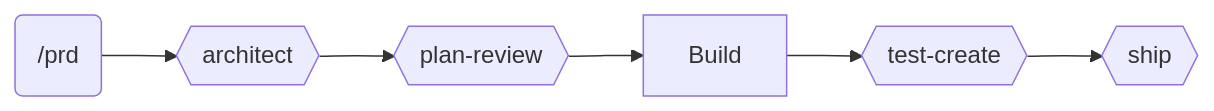
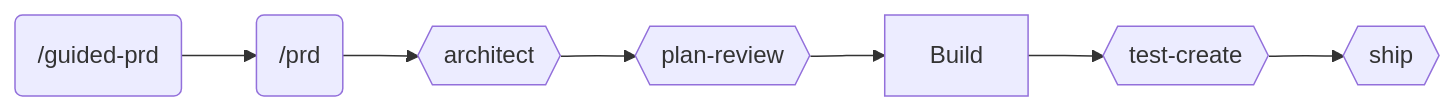
Before and after one commit to majesticlabs-dev/majestic-marketplace: the diagram in plugins/majestic-engineer/README.md, drawn with Mermaid. The commit also changed other lines of this file and 4 other files, not shown here.

First line of the commit message:
feat(majestic-engineer): add /guided-prd command for product discovery

````diff
--- a/plugins/majestic-engineer/README.md
+++ b/plugins/majestic-engineer/README.md
@@ -13,8 +13,9 @@
 ```mermaid
 graph LR
-    A(/prd) --> B{{architect}}
+    A0(/guided-prd) --> A(/prd)
+    A --> B{{architect}}
     B --> C{{plan-review}}
     C --> D[Build]
     D --> E{{test-create}}
     E --> F{{ship}}
 ```
````
